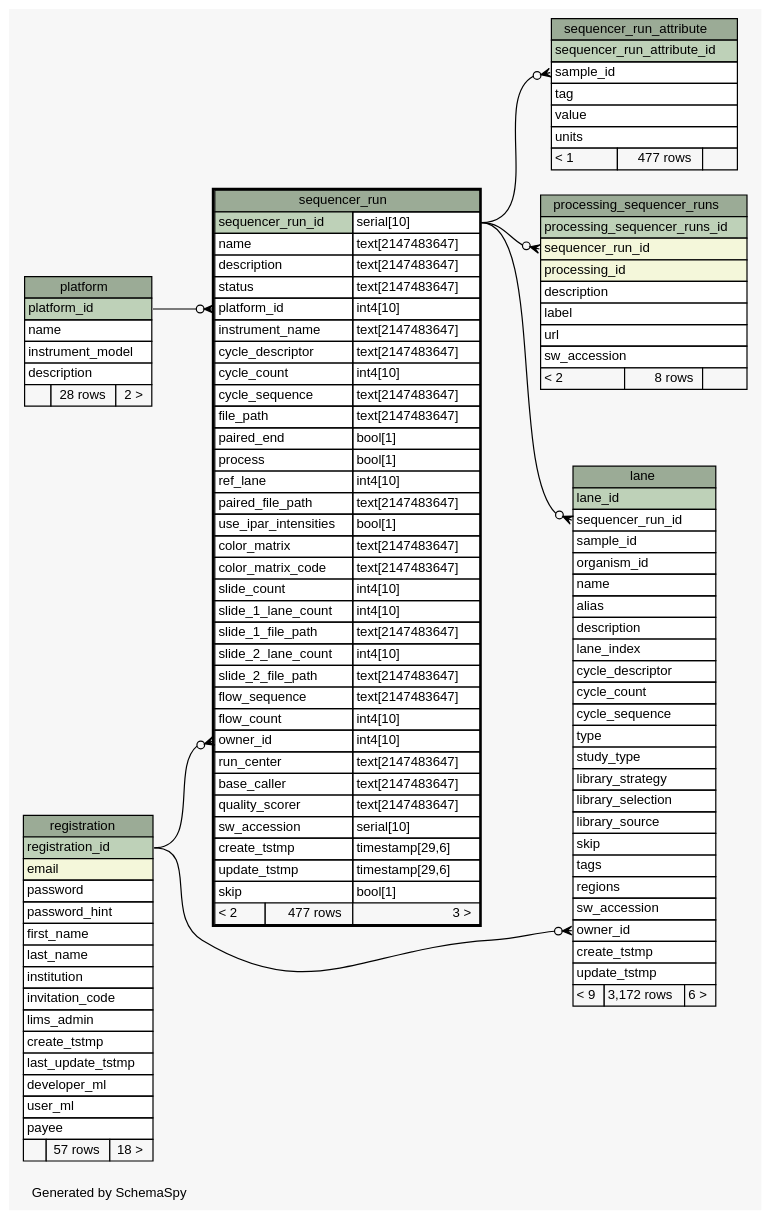
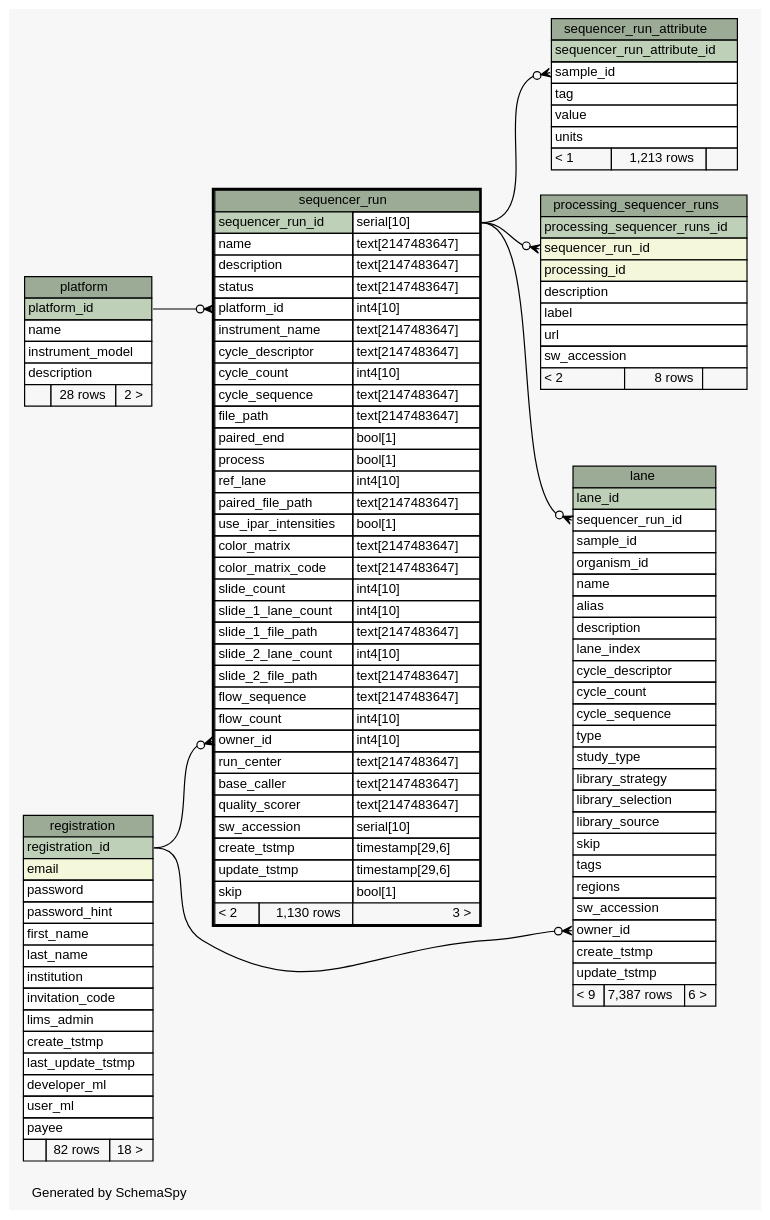
Before and after one commit to SeqWare/seqware.github.com: the diagram in metadb-schema/diagrams/sequencer_run.1degree.dot, drawn with Graphviz. The commit also changed 365 other files, not shown here.

Commit message:
Refresh dbschema docs

```diff
--- a/metadb-schema/diagrams/sequencer_run.1degree.dot
+++ b/metadb-schema/diagrams/sequencer_run.1degree.dot
@@ -1,167 +1,167 @@
-// dot 2.32.0 on Mac OS X 10.8.3
+// dot 2.26.3 on Linux 3.5.0-47-generic
 // SchemaSpy rev 590
 digraph "oneDegreeRelationshipsDiagram" {
   graph [
     rankdir="RL"
     bgcolor="#f7f7f7"
     label="\nGenerated by SchemaSpy"
     labeljust="l"
     nodesep="0.18"
     ranksep="0.46"
     fontname="Helvetica"
     fontsize="11"
   ];
   node [
     fontname="Helvetica"
     fontsize="11"
     shape="plaintext"
   ];
   edge [
     arrowsize="0.8"
   ];
   "lane":"owner_id":w -> "registration":"registration_id":e [arrowhead=none dir=back arrowtail=crowodot];
   "lane":"sequencer_run_id":w -> "sequencer_run":"sequencer_run_id.type":e [arrowhead=none dir=back arrowtail=crowodot];
   "processing_sequencer_runs":"sequencer_run_id":w -> "sequencer_run":"sequencer_run_id.type":e [arrowhead=none dir=back arrowtail=crowodot];
   "sequencer_run":"owner_id":w -> "registration":"registration_id":e [arrowhead=none dir=back arrowtail=crowodot];
   "sequencer_run":"platform_id":w -> "platform":"platform_id":e [arrowhead=none dir=back arrowtail=crowodot];
   "sequencer_run_attribute":"sample_id":w -> "sequencer_run":"sequencer_run_id.type":e [arrowhead=none dir=back arrowtail=crowodot];
   "lane" [
     label=<
     <TABLE BORDER="0" CELLBORDER="1" CELLSPACING="0" BGCOLOR="#ffffff">
       <TR><TD COLSPAN="3" BGCOLOR="#9bab96" ALIGN="CENTER">lane</TD></TR>
       <TR><TD PORT="lane_id" COLSPAN="3" BGCOLOR="#bed1b8" ALIGN="LEFT">lane_id</TD></TR>
       <TR><TD PORT="sequencer_run_id" COLSPAN="3" ALIGN="LEFT">sequencer_run_id</TD></TR>
       <TR><TD PORT="sample_id" COLSPAN="3" ALIGN="LEFT">sample_id</TD></TR>
       <TR><TD PORT="organism_id" COLSPAN="3" ALIGN="LEFT">organism_id</TD></TR>
       <TR><TD PORT="name" COLSPAN="3" ALIGN="LEFT">name</TD></TR>
       <TR><TD PORT="alias" COLSPAN="3" ALIGN="LEFT">alias</TD></TR>
       <TR><TD PORT="description" COLSPAN="3" ALIGN="LEFT">description</TD></TR>
       <TR><TD PORT="lane_index" COLSPAN="3" ALIGN="LEFT">lane_index</TD></TR>
       <TR><TD PORT="cycle_descriptor" COLSPAN="3" ALIGN="LEFT">cycle_descriptor</TD></TR>
       <TR><TD PORT="cycle_count" COLSPAN="3" ALIGN="LEFT">cycle_count</TD></TR>
       <TR><TD PORT="cycle_sequence" COLSPAN="3" ALIGN="LEFT">cycle_sequence</TD></TR>
       <TR><TD PORT="type" COLSPAN="3" ALIGN="LEFT">type</TD></TR>
       <TR><TD PORT="study_type" COLSPAN="3" ALIGN="LEFT">study_type</TD></TR>
       <TR><TD PORT="library_strategy" COLSPAN="3" ALIGN="LEFT">library_strategy</TD></TR>
       <TR><TD PORT="library_selection" COLSPAN="3" ALIGN="LEFT">library_selection</TD></TR>
       <TR><TD PORT="library_source" COLSPAN="3" ALIGN="LEFT">library_source</TD></TR>
       <TR><TD PORT="skip" COLSPAN="3" ALIGN="LEFT">skip</TD></TR>
       <TR><TD PORT="tags" COLSPAN="3" ALIGN="LEFT">tags</TD></TR>
       <TR><TD PORT="regions" COLSPAN="3" ALIGN="LEFT">regions</TD></TR>
       <TR><TD PORT="sw_accession" COLSPAN="3" ALIGN="LEFT">sw_accession</TD></TR>
       <TR><TD PORT="owner_id" COLSPAN="3" ALIGN="LEFT">owner_id</TD></TR>
       <TR><TD PORT="create_tstmp" COLSPAN="3" ALIGN="LEFT">create_tstmp</TD></TR>
       <TR><TD PORT="update_tstmp" COLSPAN="3" ALIGN="LEFT">update_tstmp</TD></TR>
-      <TR><TD ALIGN="LEFT" BGCOLOR="#f7f7f7">&lt; 9</TD><TD ALIGN="RIGHT" BGCOLOR="#f7f7f7">3,172 rows</TD><TD ALIGN="RIGHT" BGCOLOR="#f7f7f7">6 &gt;</TD></TR>
+      <TR><TD ALIGN="LEFT" BGCOLOR="#f7f7f7">&lt; 9</TD><TD ALIGN="RIGHT" BGCOLOR="#f7f7f7">7,387 rows</TD><TD ALIGN="RIGHT" BGCOLOR="#f7f7f7">6 &gt;</TD></TR>
     </TABLE>>
     URL="lane.html"
     tooltip="lane"
   ];
   "platform" [
     label=<
     <TABLE BORDER="0" CELLBORDER="1" CELLSPACING="0" BGCOLOR="#ffffff">
       <TR><TD COLSPAN="3" BGCOLOR="#9bab96" ALIGN="CENTER">platform</TD></TR>
       <TR><TD PORT="platform_id" COLSPAN="3" BGCOLOR="#bed1b8" ALIGN="LEFT">platform_id</TD></TR>
       <TR><TD PORT="name" COLSPAN="3" ALIGN="LEFT">name</TD></TR>
       <TR><TD PORT="instrument_model" COLSPAN="3" ALIGN="LEFT">instrument_model</TD></TR>
       <TR><TD PORT="description" COLSPAN="3" ALIGN="LEFT">description</TD></TR>
       <TR><TD ALIGN="LEFT" BGCOLOR="#f7f7f7">  </TD><TD ALIGN="RIGHT" BGCOLOR="#f7f7f7">28 rows</TD><TD ALIGN="RIGHT" BGCOLOR="#f7f7f7">2 &gt;</TD></TR>
     </TABLE>>
     URL="platform.html"
     tooltip="platform"
   ];
   "processing_sequencer_runs" [
     label=<
     <TABLE BORDER="0" CELLBORDER="1" CELLSPACING="0" BGCOLOR="#ffffff">
       <TR><TD COLSPAN="3" BGCOLOR="#9bab96" ALIGN="CENTER">processing_sequencer_runs</TD></TR>
       <TR><TD PORT="processing_sequencer_runs_id" COLSPAN="3" BGCOLOR="#bed1b8" ALIGN="LEFT">processing_sequencer_runs_id</TD></TR>
       <TR><TD PORT="sequencer_run_id" COLSPAN="3" BGCOLOR="#f4f7da" ALIGN="LEFT">sequencer_run_id</TD></TR>
       <TR><TD PORT="processing_id" COLSPAN="3" BGCOLOR="#f4f7da" ALIGN="LEFT">processing_id</TD></TR>
       <TR><TD PORT="description" COLSPAN="3" ALIGN="LEFT">description</TD></TR>
       <TR><TD PORT="label" COLSPAN="3" ALIGN="LEFT">label</TD></TR>
       <TR><TD PORT="url" COLSPAN="3" ALIGN="LEFT">url</TD></TR>
       <TR><TD PORT="sw_accession" COLSPAN="3" ALIGN="LEFT">sw_accession</TD></TR>
       <TR><TD ALIGN="LEFT" BGCOLOR="#f7f7f7">&lt; 2</TD><TD ALIGN="RIGHT" BGCOLOR="#f7f7f7">8 rows</TD><TD ALIGN="RIGHT" BGCOLOR="#f7f7f7">  </TD></TR>
     </TABLE>>
     URL="processing_sequencer_runs.html"
     tooltip="processing_sequencer_runs"
   ];
   "registration" [
     label=<
     <TABLE BORDER="0" CELLBORDER="1" CELLSPACING="0" BGCOLOR="#ffffff">
       <TR><TD COLSPAN="3" BGCOLOR="#9bab96" ALIGN="CENTER">registration</TD></TR>
       <TR><TD PORT="registration_id" COLSPAN="3" BGCOLOR="#bed1b8" ALIGN="LEFT">registration_id</TD></TR>
       <TR><TD PORT="email" COLSPAN="3" BGCOLOR="#f4f7da" ALIGN="LEFT">email</TD></TR>
       <TR><TD PORT="password" COLSPAN="3" ALIGN="LEFT">password</TD></TR>
       <TR><TD PORT="password_hint" COLSPAN="3" ALIGN="LEFT">password_hint</TD></TR>
       <TR><TD PORT="first_name" COLSPAN="3" ALIGN="LEFT">first_name</TD></TR>
       <TR><TD PORT="last_name" COLSPAN="3" ALIGN="LEFT">last_name</TD></TR>
       <TR><TD PORT="institution" COLSPAN="3" ALIGN="LEFT">institution</TD></TR>
       <TR><TD PORT="invitation_code" COLSPAN="3" ALIGN="LEFT">invitation_code</TD></TR>
       <TR><TD PORT="lims_admin" COLSPAN="3" ALIGN="LEFT">lims_admin</TD></TR>
       <TR><TD PORT="create_tstmp" COLSPAN="3" ALIGN="LEFT">create_tstmp</TD></TR>
       <TR><TD PORT="last_update_tstmp" COLSPAN="3" ALIGN="LEFT">last_update_tstmp</TD></TR>
       <TR><TD PORT="developer_ml" COLSPAN="3" ALIGN="LEFT">developer_ml</TD></TR>
       <TR><TD PORT="user_ml" COLSPAN="3" ALIGN="LEFT">user_ml</TD></TR>
       <TR><TD PORT="payee" COLSPAN="3" ALIGN="LEFT">payee</TD></TR>
-      <TR><TD ALIGN="LEFT" BGCOLOR="#f7f7f7">  </TD><TD ALIGN="RIGHT" BGCOLOR="#f7f7f7">57 rows</TD><TD ALIGN="RIGHT" BGCOLOR="#f7f7f7">18 &gt;</TD></TR>
+      <TR><TD ALIGN="LEFT" BGCOLOR="#f7f7f7">  </TD><TD ALIGN="RIGHT" BGCOLOR="#f7f7f7">82 rows</TD><TD ALIGN="RIGHT" BGCOLOR="#f7f7f7">18 &gt;</TD></TR>
     </TABLE>>
     URL="registration.html"
     tooltip="registration"
   ];
   "sequencer_run" [
     label=<
     <TABLE BORDER="2" CELLBORDER="1" CELLSPACING="0" BGCOLOR="#ffffff">
       <TR><TD COLSPAN="3" BGCOLOR="#9bab96" ALIGN="CENTER">sequencer_run</TD></TR>
       <TR><TD PORT="sequencer_run_id" COLSPAN="2" BGCOLOR="#bed1b8" ALIGN="LEFT">sequencer_run_id</TD><TD PORT="sequencer_run_id.type" ALIGN="LEFT">serial[10]</TD></TR>
       <TR><TD PORT="name" COLSPAN="2" ALIGN="LEFT">name</TD><TD PORT="name.type" ALIGN="LEFT">text[2147483647]</TD></TR>
       <TR><TD PORT="description" COLSPAN="2" ALIGN="LEFT">description</TD><TD PORT="description.type" ALIGN="LEFT">text[2147483647]</TD></TR>
       <TR><TD PORT="status" COLSPAN="2" ALIGN="LEFT">status</TD><TD PORT="status.type" ALIGN="LEFT">text[2147483647]</TD></TR>
       <TR><TD PORT="platform_id" COLSPAN="2" ALIGN="LEFT">platform_id</TD><TD PORT="platform_id.type" ALIGN="LEFT">int4[10]</TD></TR>
       <TR><TD PORT="instrument_name" COLSPAN="2" ALIGN="LEFT">instrument_name</TD><TD PORT="instrument_name.type" ALIGN="LEFT">text[2147483647]</TD></TR>
       <TR><TD PORT="cycle_descriptor" COLSPAN="2" ALIGN="LEFT">cycle_descriptor</TD><TD PORT="cycle_descriptor.type" ALIGN="LEFT">text[2147483647]</TD></TR>
       <TR><TD PORT="cycle_count" COLSPAN="2" ALIGN="LEFT">cycle_count</TD><TD PORT="cycle_count.type" ALIGN="LEFT">int4[10]</TD></TR>
       <TR><TD PORT="cycle_sequence" COLSPAN="2" ALIGN="LEFT">cycle_sequence</TD><TD PORT="cycle_sequence.type" ALIGN="LEFT">text[2147483647]</TD></TR>
       <TR><TD PORT="file_path" COLSPAN="2" ALIGN="LEFT">file_path</TD><TD PORT="file_path.type" ALIGN="LEFT">text[2147483647]</TD></TR>
       <TR><TD PORT="paired_end" COLSPAN="2" ALIGN="LEFT">paired_end</TD><TD PORT="paired_end.type" ALIGN="LEFT">bool[1]</TD></TR>
       <TR><TD PORT="process" COLSPAN="2" ALIGN="LEFT">process</TD><TD PORT="process.type" ALIGN="LEFT">bool[1]</TD></TR>
       <TR><TD PORT="ref_lane" COLSPAN="2" ALIGN="LEFT">ref_lane</TD><TD PORT="ref_lane.type" ALIGN="LEFT">int4[10]</TD></TR>
       <TR><TD PORT="paired_file_path" COLSPAN="2" ALIGN="LEFT">paired_file_path</TD><TD PORT="paired_file_path.type" ALIGN="LEFT">text[2147483647]</TD></TR>
       <TR><TD PORT="use_ipar_intensities" COLSPAN="2" ALIGN="LEFT">use_ipar_intensities</TD><TD PORT="use_ipar_intensities.type" ALIGN="LEFT">bool[1]</TD></TR>
       <TR><TD PORT="color_matrix" COLSPAN="2" ALIGN="LEFT">color_matrix</TD><TD PORT="color_matrix.type" ALIGN="LEFT">text[2147483647]</TD></TR>
       <TR><TD PORT="color_matrix_code" COLSPAN="2" ALIGN="LEFT">color_matrix_code</TD><TD PORT="color_matrix_code.type" ALIGN="LEFT">text[2147483647]</TD></TR>
       <TR><TD PORT="slide_count" COLSPAN="2" ALIGN="LEFT">slide_count</TD><TD PORT="slide_count.type" ALIGN="LEFT">int4[10]</TD></TR>
       <TR><TD PORT="slide_1_lane_count" COLSPAN="2" ALIGN="LEFT">slide_1_lane_count</TD><TD PORT="slide_1_lane_count.type" ALIGN="LEFT">int4[10]</TD></TR>
       <TR><TD PORT="slide_1_file_path" COLSPAN="2" ALIGN="LEFT">slide_1_file_path</TD><TD PORT="slide_1_file_path.type" ALIGN="LEFT">text[2147483647]</TD></TR>
       <TR><TD PORT="slide_2_lane_count" COLSPAN="2" ALIGN="LEFT">slide_2_lane_count</TD><TD PORT="slide_2_lane_count.type" ALIGN="LEFT">int4[10]</TD></TR>
       <TR><TD PORT="slide_2_file_path" COLSPAN="2" ALIGN="LEFT">slide_2_file_path</TD><TD PORT="slide_2_file_path.type" ALIGN="LEFT">text[2147483647]</TD></TR>
       <TR><TD PORT="flow_sequence" COLSPAN="2" ALIGN="LEFT">flow_sequence</TD><TD PORT="flow_sequence.type" ALIGN="LEFT">text[2147483647]</TD></TR>
       <TR><TD PORT="flow_count" COLSPAN="2" ALIGN="LEFT">flow_count</TD><TD PORT="flow_count.type" ALIGN="LEFT">int4[10]</TD></TR>
       <TR><TD PORT="owner_id" COLSPAN="2" ALIGN="LEFT">owner_id</TD><TD PORT="owner_id.type" ALIGN="LEFT">int4[10]</TD></TR>
       <TR><TD PORT="run_center" COLSPAN="2" ALIGN="LEFT">run_center</TD><TD PORT="run_center.type" ALIGN="LEFT">text[2147483647]</TD></TR>
       <TR><TD PORT="base_caller" COLSPAN="2" ALIGN="LEFT">base_caller</TD><TD PORT="base_caller.type" ALIGN="LEFT">text[2147483647]</TD></TR>
       <TR><TD PORT="quality_scorer" COLSPAN="2" ALIGN="LEFT">quality_scorer</TD><TD PORT="quality_scorer.type" ALIGN="LEFT">text[2147483647]</TD></TR>
       <TR><TD PORT="sw_accession" COLSPAN="2" ALIGN="LEFT">sw_accession</TD><TD PORT="sw_accession.type" ALIGN="LEFT">serial[10]</TD></TR>
       <TR><TD PORT="create_tstmp" COLSPAN="2" ALIGN="LEFT">create_tstmp</TD><TD PORT="create_tstmp.type" ALIGN="LEFT">timestamp[29,6]</TD></TR>
       <TR><TD PORT="update_tstmp" COLSPAN="2" ALIGN="LEFT">update_tstmp</TD><TD PORT="update_tstmp.type" ALIGN="LEFT">timestamp[29,6]</TD></TR>
       <TR><TD PORT="skip" COLSPAN="2" ALIGN="LEFT">skip</TD><TD PORT="skip.type" ALIGN="LEFT">bool[1]</TD></TR>
-      <TR><TD ALIGN="LEFT" BGCOLOR="#f7f7f7">&lt; 2</TD><TD ALIGN="RIGHT" BGCOLOR="#f7f7f7">477 rows</TD><TD ALIGN="RIGHT" BGCOLOR="#f7f7f7">3 &gt;</TD></TR>
+      <TR><TD ALIGN="LEFT" BGCOLOR="#f7f7f7">&lt; 2</TD><TD ALIGN="RIGHT" BGCOLOR="#f7f7f7">1,130 rows</TD><TD ALIGN="RIGHT" BGCOLOR="#f7f7f7">3 &gt;</TD></TR>
     </TABLE>>
     URL="sequencer_run.html"
     tooltip="sequencer_run"
   ];
   "sequencer_run_attribute" [
     label=<
     <TABLE BORDER="0" CELLBORDER="1" CELLSPACING="0" BGCOLOR="#ffffff">
       <TR><TD COLSPAN="3" BGCOLOR="#9bab96" ALIGN="CENTER">sequencer_run_attribute</TD></TR>
       <TR><TD PORT="sequencer_run_attribute_id" COLSPAN="3" BGCOLOR="#bed1b8" ALIGN="LEFT">sequencer_run_attribute_id</TD></TR>
       <TR><TD PORT="sample_id" COLSPAN="3" ALIGN="LEFT">sample_id</TD></TR>
       <TR><TD PORT="tag" COLSPAN="3" ALIGN="LEFT">tag</TD></TR>
       <TR><TD PORT="value" COLSPAN="3" ALIGN="LEFT">value</TD></TR>
       <TR><TD PORT="units" COLSPAN="3" ALIGN="LEFT">units</TD></TR>
-      <TR><TD ALIGN="LEFT" BGCOLOR="#f7f7f7">&lt; 1</TD><TD ALIGN="RIGHT" BGCOLOR="#f7f7f7">477 rows</TD><TD ALIGN="RIGHT" BGCOLOR="#f7f7f7">  </TD></TR>
+      <TR><TD ALIGN="LEFT" BGCOLOR="#f7f7f7">&lt; 1</TD><TD ALIGN="RIGHT" BGCOLOR="#f7f7f7">1,213 rows</TD><TD ALIGN="RIGHT" BGCOLOR="#f7f7f7">  </TD></TR>
     </TABLE>>
     URL="sequencer_run_attribute.html"
     tooltip="sequencer_run_attribute"
   ];
 }
```
